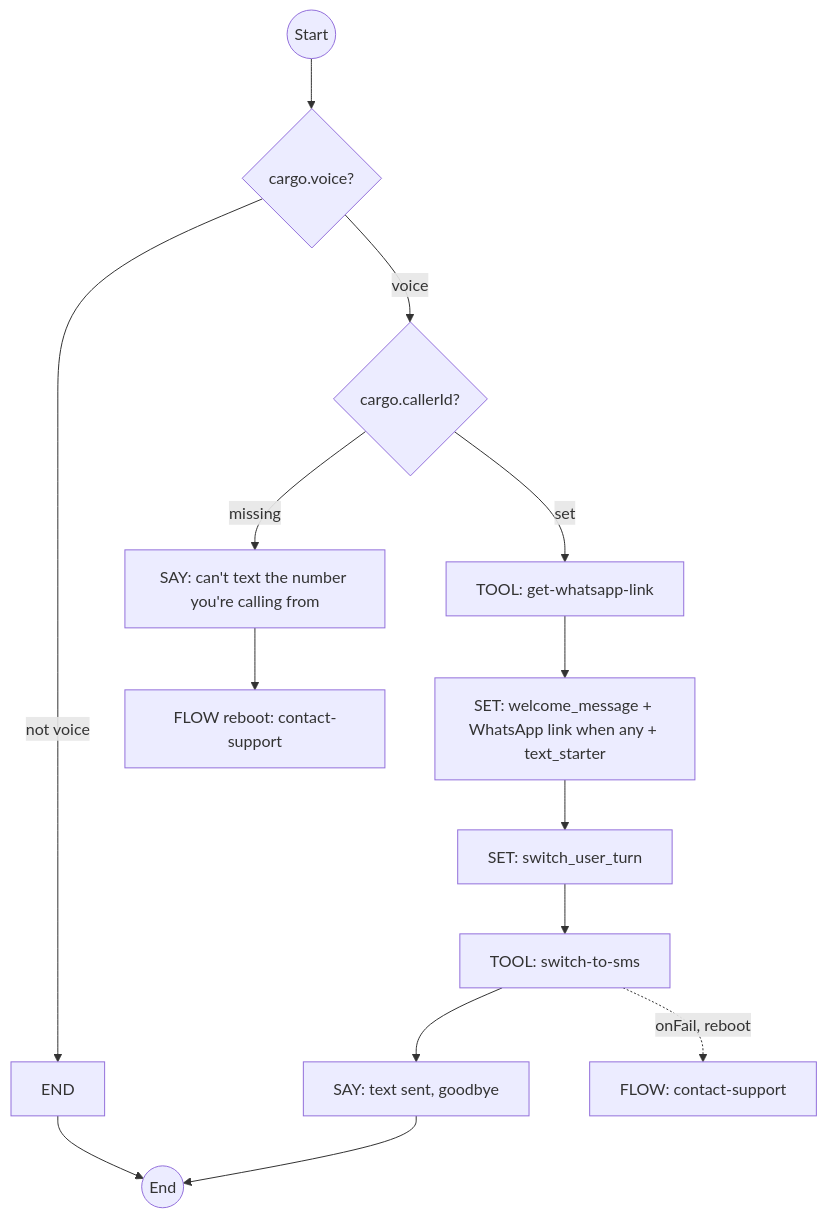
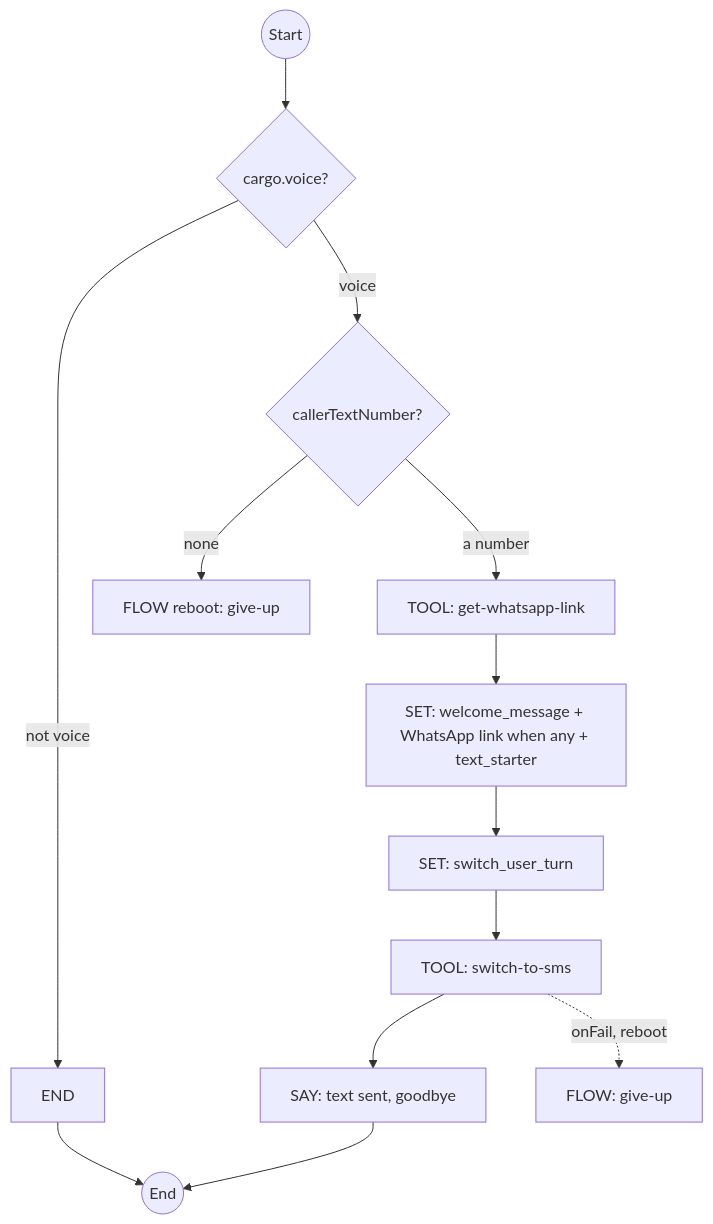
The fourth of 22 diagrams in docs/system-flows.md (ronpinkas/jsfe), drawn with Mermaid before and after one commit. The commit also changed other lines of this file and 1 other file, not shown here.

Commit message:
system flows and docs: synced from prod (AIDevelopment aa02aaf, v1.96.0): TEXT offered only where callerTextNumber can reach the caller (retry menu), text-destination uses textDestination, switch-to-text that cannot text is the give-up; readEmail keeps every spoken piece of the name

````diff
--- a/docs/system-flows.md
+++ b/docs/system-flows.md
@@ -223,16 +224,15 @@
 ```mermaid
 graph TD
     start((Start)) --> check_already_text{cargo.voice?}
     check_already_text -->|not voice| already_text_mode[END]
-    check_already_text -->|voice| check_can_text{cargo.callerId?}
-    check_can_text -->|missing| say_cannot_text[SAY: can't text the number you're calling from]
-    say_cannot_text --> cannot_text_contact_support[FLOW reboot: contact-support]
-    check_can_text -->|set| get_whatsapp_link[TOOL: get-whatsapp-link]
+    check_already_text -->|voice| check_can_text{callerTextNumber?}
+    check_can_text -->|none| cannot_text_give_up[FLOW reboot: give-up]
+    check_can_text -->|a number| get_whatsapp_link[TOOL: get-whatsapp-link]
     get_whatsapp_link --> set_welcome_message[SET: welcome_message + WhatsApp link when any + text_starter]
     set_welcome_message --> set_switch_user_turn[SET: switch_user_turn]
     set_switch_user_turn --> send_welcome_sms[TOOL: switch-to-sms]
     send_welcome_sms --> confirm_sms_sent[SAY: text sent, goodbye]
-    send_welcome_sms -.->|onFail, reboot| sms_failed_flow[FLOW: contact-support]
+    send_welcome_sms -.->|onFail, reboot| sms_failed_flow[FLOW: give-up]
     confirm_sms_sent --> stop((End))
     already_text_mode --> stop
 ```
````
